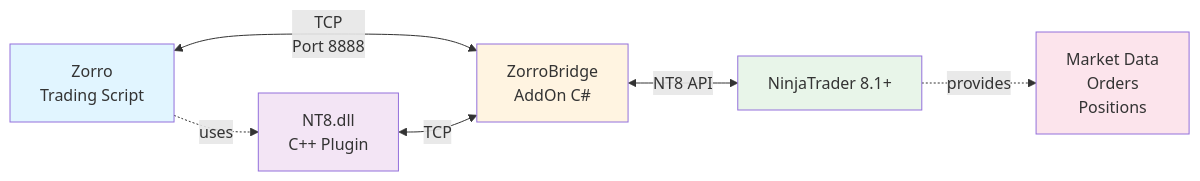
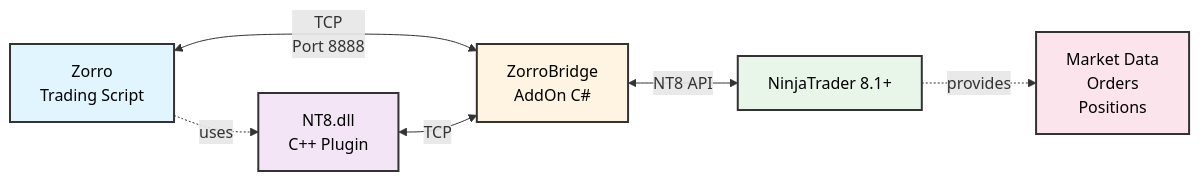
One commit to bigale/ninjatrader-zorro-plugin changed the diagram in README.md. Above: the diagram before and after it, drawn with Mermaid.

Commit message:
Fix Mermaid diagram text color for better readability
Added black text color to all boxes to ensure text is readable on light backgrounds

````diff
--- a/README.md
+++ b/README.md
@@ -22,14 +22,14 @@
 ```mermaid
 graph LR
     A[Zorro<br/>Trading Script] <-->|TCP<br/>Port 8888| B[ZorroBridge<br/>AddOn C#]
     B <-->|NT8 API| C[NinjaTrader 8.1+]
     A -.->|uses| D[NT8.dll<br/>C++ Plugin]
     D <-->|TCP| B
     C -.->|provides| E[Market Data<br/>Orders<br/>Positions]
     
-    style A fill:#e1f5ff
-    style B fill:#fff4e1
-    style C fill:#e8f5e9
-    style D fill:#f3e5f5
-    style E fill:#fce4ec
+    style A fill:#e1f5ff,stroke:#333,stroke-width:2px,color:#000
+    style B fill:#fff4e1,stroke:#333,stroke-width:2px,color:#000
+    style C fill:#e8f5e9,stroke:#333,stroke-width:2px,color:#000
+    style D fill:#f3e5f5,stroke:#333,stroke-width:2px,color:#000
+    style E fill:#fce4ec,stroke:#333,stroke-width:2px,color:#000
 ```
````
